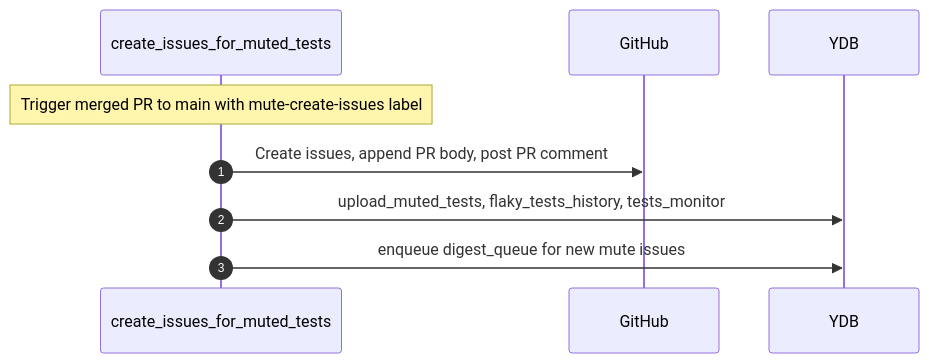
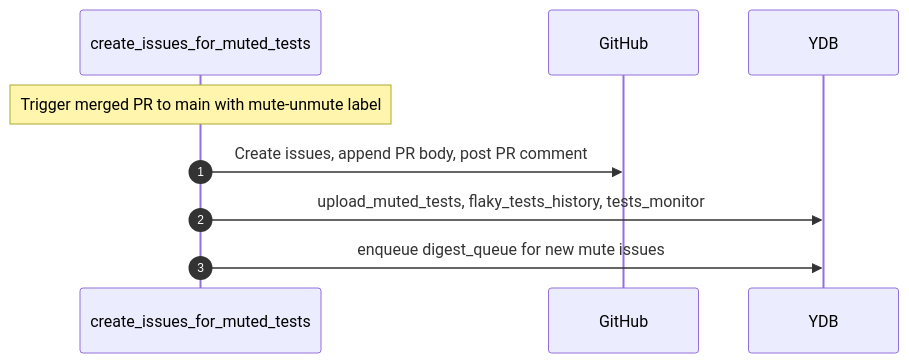
The third of 4 diagrams in .github/config/mute_rules.md (ydb-platform/ydb), drawn with Mermaid before and after one commit. The commit also changed other lines of this file and 2 other files, not shown here.

````diff
--- a/.github/config/mute_rules.md
+++ b/.github/config/mute_rules.md
@@ -253,12 +251,12 @@
 ```mermaid
 sequenceDiagram
     autonumber
     participant WF as create_issues_for_muted_tests
     participant GH as GitHub
     participant YDB as YDB
 
-    Note over WF: Trigger merged PR to main with mute-create-issues label
+    Note over WF: Trigger merged PR to main with mute-unmute label
     WF->>GH: Create issues, append PR body, post PR comment
     WF->>YDB: upload_muted_tests, flaky_tests_history, tests_monitor
     WF->>YDB: enqueue digest_queue for new mute issues
 ```
````
